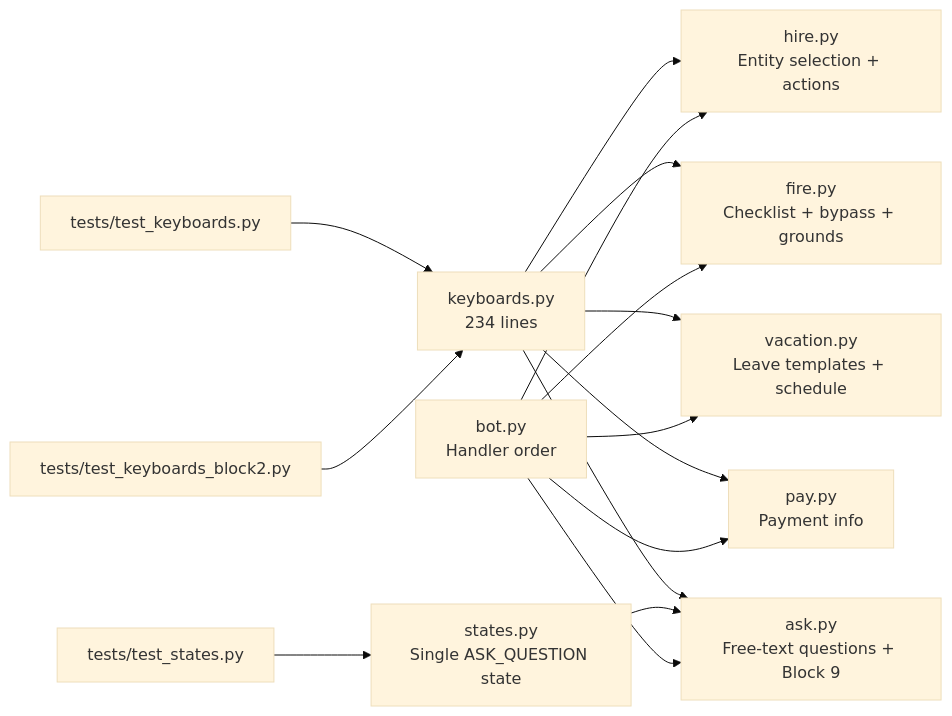
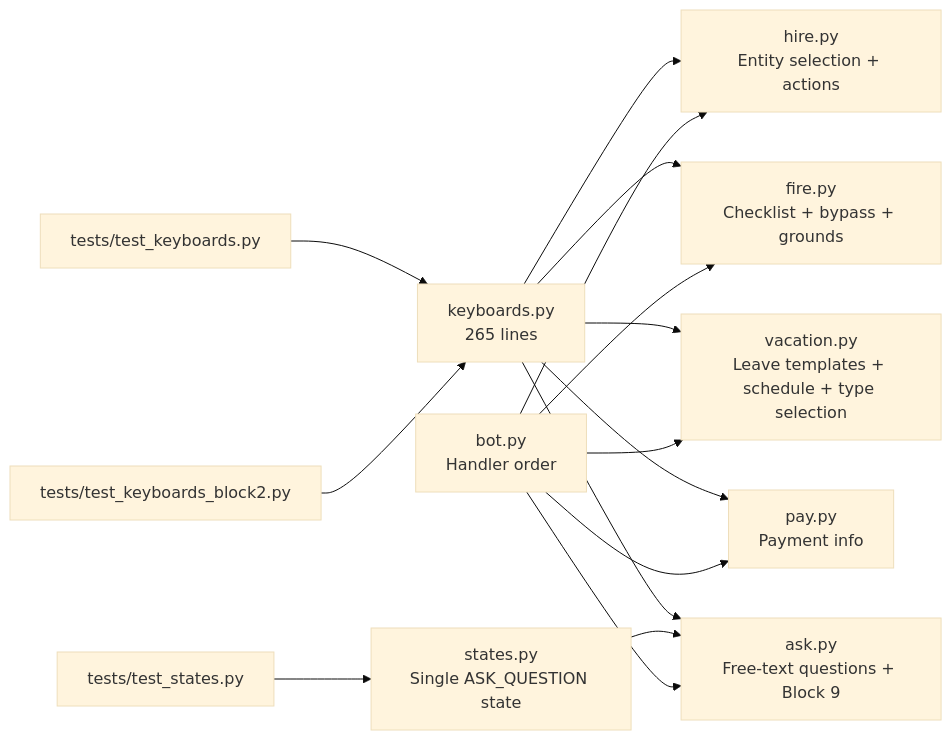
One commit to ognelis/cafetera_hr_bot changed diagram 11 of 12 in .qoder/repowiki/en/content/Keyboard System.md. Above: the diagram before and after it, drawn with Mermaid (base theme). The commit also changed other lines of this file and 26 other files, not shown here.

````diff
--- a/.qoder/repowiki/en/content/Keyboard System.md
+++ b/.qoder/repowiki/en/content/Keyboard System.md
@@ -472,17 +520,17 @@
 ```mermaid
 graph LR
-KB["keyboards.py<br/>234 lines"] --> HIRE["hire.py<br/>Entity selection + actions"]
+KB["keyboards.py<br/>265 lines"] --> HIRE["hire.py<br/>Entity selection + actions"]
 KB --> FIRE["fire.py<br/>Checklist + bypass + grounds"]
-KB --> VACATION["vacation.py<br/>Leave templates + schedule"]
+KB --> VACATION["vacation.py<br/>Leave templates + schedule + type selection"]
 KB --> PAY["pay.py<br/>Payment info"]
 KB --> ASK["ask.py<br/>Free-text questions + Block 9"]
 ST["states.py<br/>Single ASK_QUESTION state"] --> ASK
 BOT["bot.py<br/>Handler order"] --> HIRE
 BOT --> FIRE
 BOT --> VACATION
 BOT --> PAY
 BOT --> ASK
 TEST_KB["tests/test_keyboards.py"] --> KB
 TEST_BLOCK2["tests/test_keyboards_block2.py"] --> KB
 TEST_STATES["tests/test_states.py"] --> ST
 ```
````
